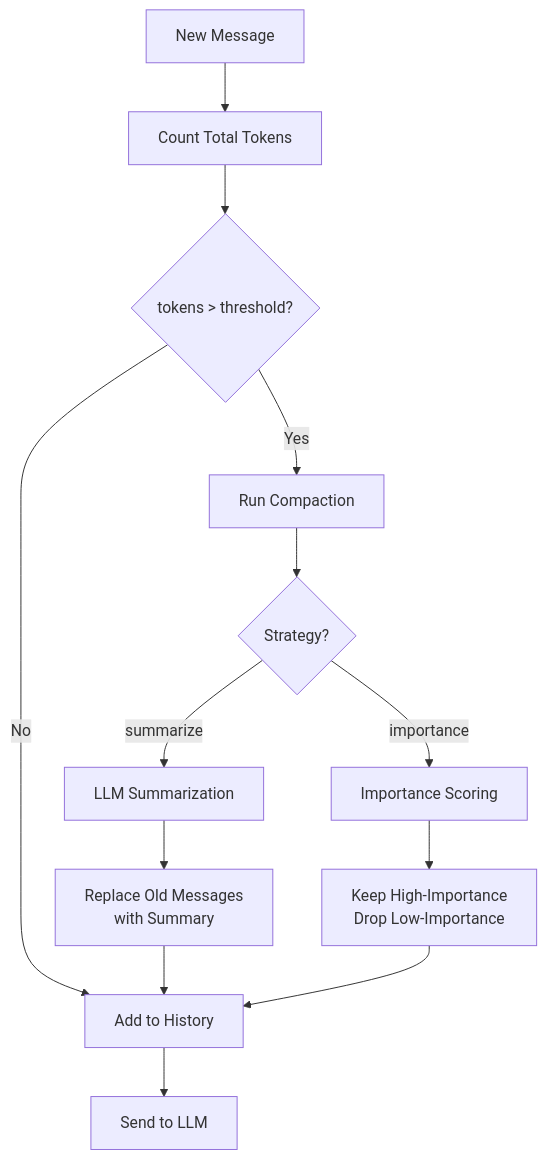
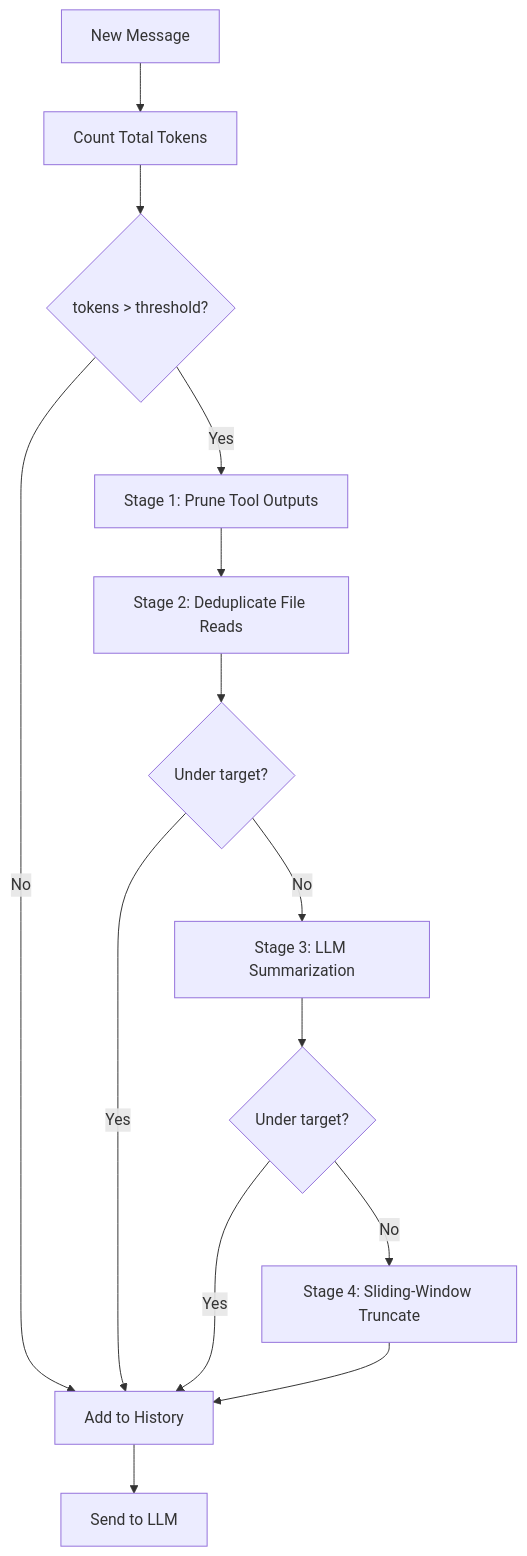
The third of 3 diagrams in _posts/2025-12-14-context-compaction.md (juspay/neurolink-blog), drawn with Mermaid before and after one commit. The commit also changed other lines of this file and 172 other files, not shown here.

````diff
--- a/_posts/2025-12-14-context-compaction.md
+++ b/_posts/2025-12-14-context-compaction.md
@@ -266,15 +240,16 @@
 ```mermaid
 flowchart TD
     MSG["New Message"] --> COUNT["Count Total Tokens"]
     COUNT --> CHECK{"tokens > threshold?"}
     CHECK -->|"No"| ADD["Add to History"]
-    CHECK -->|"Yes"| COMPACT["Run Compaction"]
-    COMPACT --> STRATEGY{"Strategy?"}
-    STRATEGY -->|"summarize"| SUM["LLM Summarization"]
-    STRATEGY -->|"importance"| IMP["Importance Scoring"]
-    SUM --> REPLACE["Replace Old Messages<br/>with Summary"]
-    IMP --> FILTER["Keep High-Importance<br/>Drop Low-Importance"]
-    REPLACE --> ADD
-    FILTER --> ADD
+    CHECK -->|"Yes"| PRUNE["Stage 1: Prune Tool Outputs"]
+    PRUNE --> DEDUP["Stage 2: Deduplicate File Reads"]
+    DEDUP --> FIT1{"Under target?"}
+    FIT1 -->|"Yes"| ADD
+    FIT1 -->|"No"| SUM["Stage 3: LLM Summarization"]
+    SUM --> FIT2{"Under target?"}
+    FIT2 -->|"Yes"| ADD
+    FIT2 -->|"No"| TRUNC["Stage 4: Sliding-Window Truncate"]
+    TRUNC --> ADD
     ADD --> GENERATE["Send to LLM"]
 ```
````
